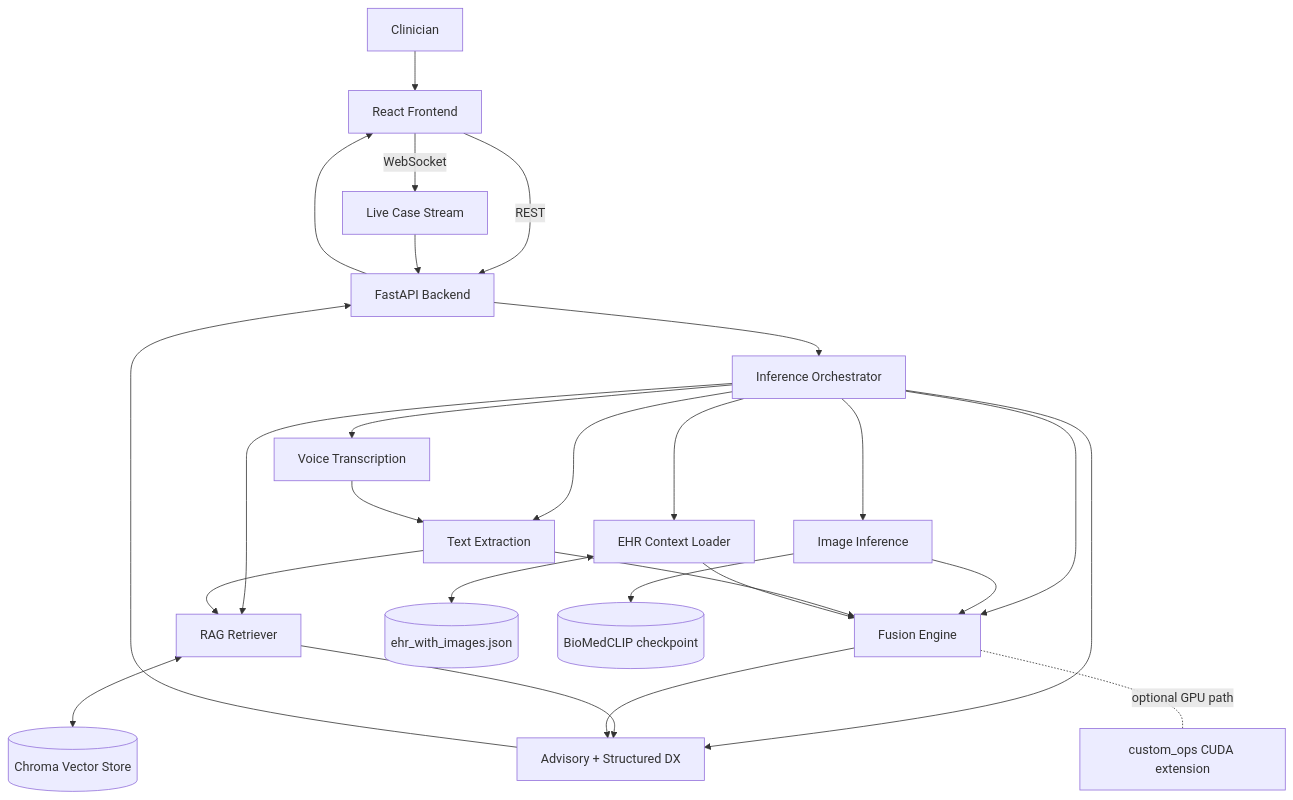
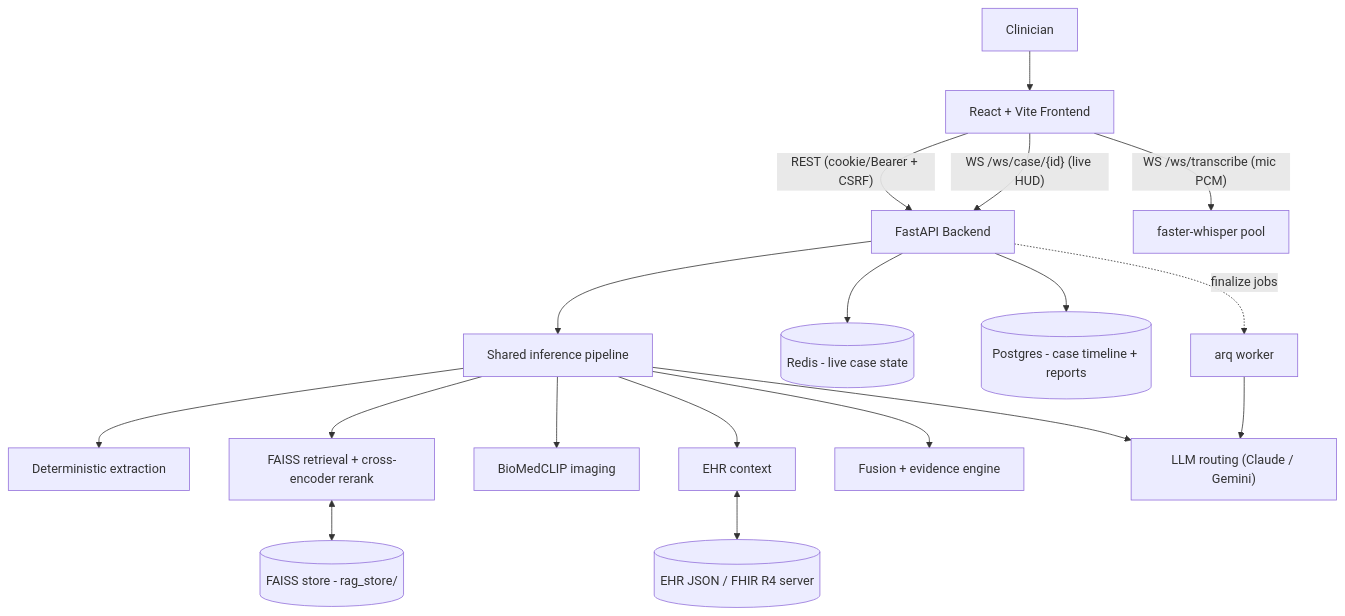
One commit to Mukaan17/MediSense-AI---HopHacks-2025 changed the diagram in README.md. Above: the diagram before and after it, drawn with Mermaid. The commit also changed other lines of this file and 14 other files, not shown here.

````diff
--- a/README.md
+++ b/README.md
@@ -30,33 +51,21 @@
 ```mermaid
 flowchart TD
-  U[Clinician] --> FE[React Frontend]
-  FE -->|REST| API[FastAPI Backend]
-  FE -->|WebSocket| LIVE[Live Case Stream]
+  U[Clinician] --> FE[React + Vite Frontend]
+  FE -->|"REST (cookie/Bearer + CSRF)"| API[FastAPI Backend]
+  FE -->|"WS /ws/case/{id} (live HUD)"| API
+  FE -->|"WS /ws/transcribe (mic PCM)"| STT[faster-whisper pool]
 
-  API --> ORCH[Inference Orchestrator]
+  API --> PIPE[Shared inference pipeline]
+  PIPE --> EXT[Deterministic extraction]
+  PIPE --> RET["FAISS retrieval + cross-encoder rerank"]
+  PIPE --> IMG[BioMedCLIP imaging]
+  PIPE --> EHR[EHR context]
+  PIPE --> FUSE[Fusion + evidence engine]
+  PIPE --> LLM["LLM routing (Claude / Gemini)"]
 
-  ORCH --> TXT[Text Extraction]
-  ORCH --> AUD[Voice Transcription]
-  ORCH --> IMG[Image Inference]
-  ORCH --> EHR[EHR Context Loader]
-  ORCH --> RET[RAG Retriever]
-  ORCH --> FUSE[Fusion Engine]
-  ORCH --> LLM[Advisory + Structured DX]
-
-  TXT --> RET
-  AUD --> TXT
-  IMG --> FUSE
-  TXT --> FUSE
-  EHR --> FUSE
-  RET --> LLM
-  FUSE --> LLM
-
-  RET <--> CHR[(Chroma Vector Store)]
-  EHR <--> EHRJSON[(ehr_with_images.json)]
-  IMG --> CKPT[(BioMedCLIP checkpoint)]
-  FUSE -.optional GPU path.- CUDA[custom_ops CUDA extension]
-
-  LLM --> API
-  LIVE --> API
-  API --> FE
+  API --> REDIS[("Redis - live case state")]
+  API --> PG[("Postgres - case timeline + reports")]
+  API -.finalize jobs.-> WK[arq worker] --> LLM
+  EHR <--> SRC[("EHR JSON / FHIR R4 server")]
+  RET <--> KB[("FAISS store - rag_store/")]
 ```
````
